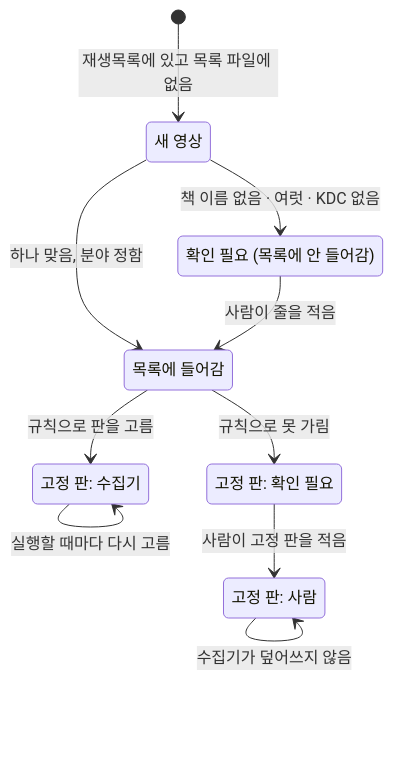
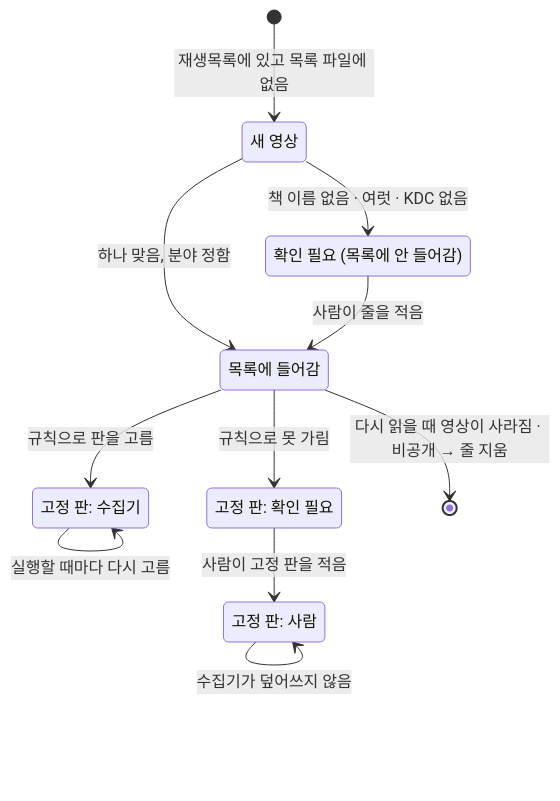
Before and after one commit to hodu-sketch/chaekcheck-plan: the sixth of 7 diagrams in docs/cycles/21-recommended-books/design-delta.md, drawn with Mermaid. The commit also changed other lines of this file and 14 other files, not shown here.

````diff
--- a/docs/cycles/21-recommended-books/design-delta.md
+++ b/docs/cycles/21-recommended-books/design-delta.md
@@ -218,18 +218,19 @@
 ```mermaid
 stateDiagram-v2
   state "새 영상" as NewVideo
   state "확인 필요 (목록에 안 들어감)" as Pending
   state "목록에 들어감" as Listed
   state "고정 판: 수집기" as PinnedAuto
   state "고정 판: 확인 필요" as PinUnknown
   state "고정 판: 사람" as PinnedManual
   [*] --> NewVideo: 재생목록에 있고 목록 파일에 없음
   NewVideo --> Pending: 책 이름 없음 · 여럿 · KDC 없음
   NewVideo --> Listed: 하나 맞음, 분야 정함
   Pending --> Listed: 사람이 줄을 적음
   Listed --> PinnedAuto: 규칙으로 판을 고름
   Listed --> PinUnknown: 규칙으로 못 가림
   PinUnknown --> PinnedManual: 사람이 고정 판을 적음
   PinnedAuto --> PinnedAuto: 실행할 때마다 다시 고름
   PinnedManual --> PinnedManual: 수집기가 덮어쓰지 않음
+  Listed --> [*]: 다시 읽을 때 영상이 사라짐 · 비공개 → 줄 지움
 ```
````
